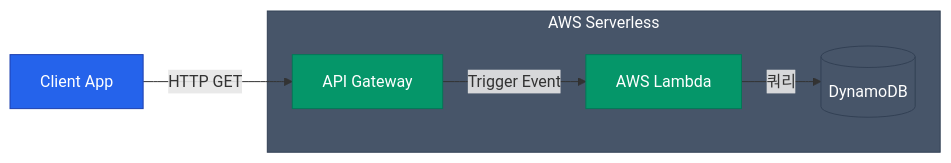
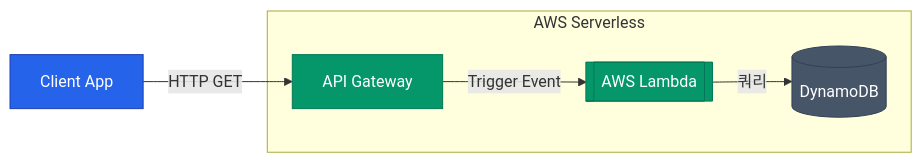
Before and after one commit to No1Joon/No1Joon.github.io: the diagram in _posts/cloud-infrastructure/2026-04-20-aws-05-serverless.md, drawn with Mermaid. The commit also changed other lines of this file and 36 other files, not shown here.

````diff
--- a/_posts/cloud-infrastructure/2026-04-20-aws-05-serverless.md
+++ b/_posts/cloud-infrastructure/2026-04-20-aws-05-serverless.md
@@ -36,17 +35,21 @@
 ```mermaid
 flowchart LR
     APP["Client App"] -->|"HTTP GET"| APIG["API Gateway"]
     
     subgraph serverless [AWS Serverless]
-        APIG -->|"Trigger Event"| LAMBDA["AWS Lambda"]
+        APIG -->|"Trigger Event"| LAMBDA[["AWS Lambda"]]
         LAMBDA -->|"쿼리"| DB[(DynamoDB)]
     end
 
     classDef primary fill:#2563eb,stroke:#1e40af,color:#ffffff
     classDef success fill:#059669,stroke:#047857,color:#ffffff
+    classDef warn fill:#d97706,stroke:#b45309,color:#ffffff
+    classDef danger fill:#dc2626,stroke:#991b1b,color:#ffffff
+    classDef info fill:#0891b2,stroke:#0e7490,color:#ffffff
     classDef neutral fill:#475569,stroke:#334155,color:#ffffff
+    classDef muted fill:#e2e8f0,stroke:#94a3b8,color:#0f172a
 
     class APP primary
     class APIG,LAMBDA success
-    class serverless,DB neutral
+    class DB neutral
 ```
````
